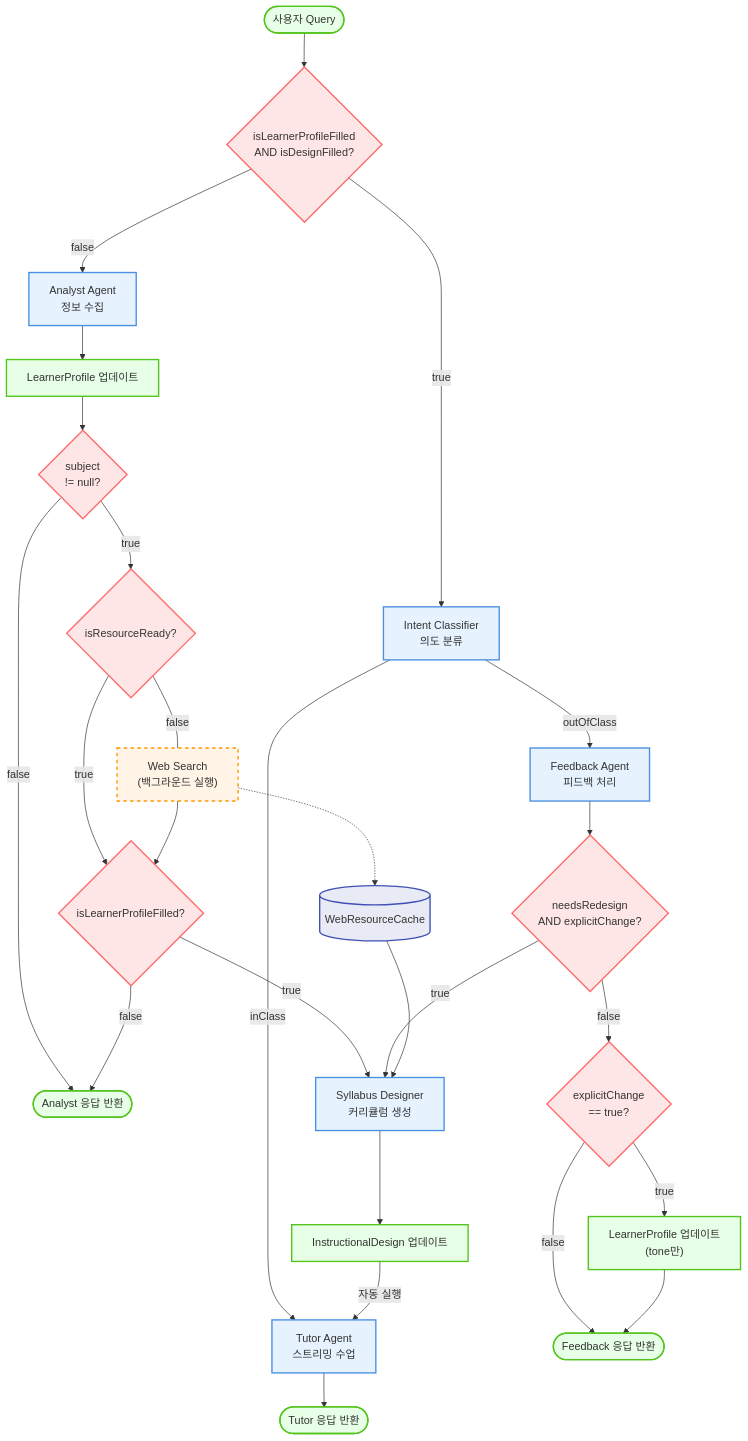
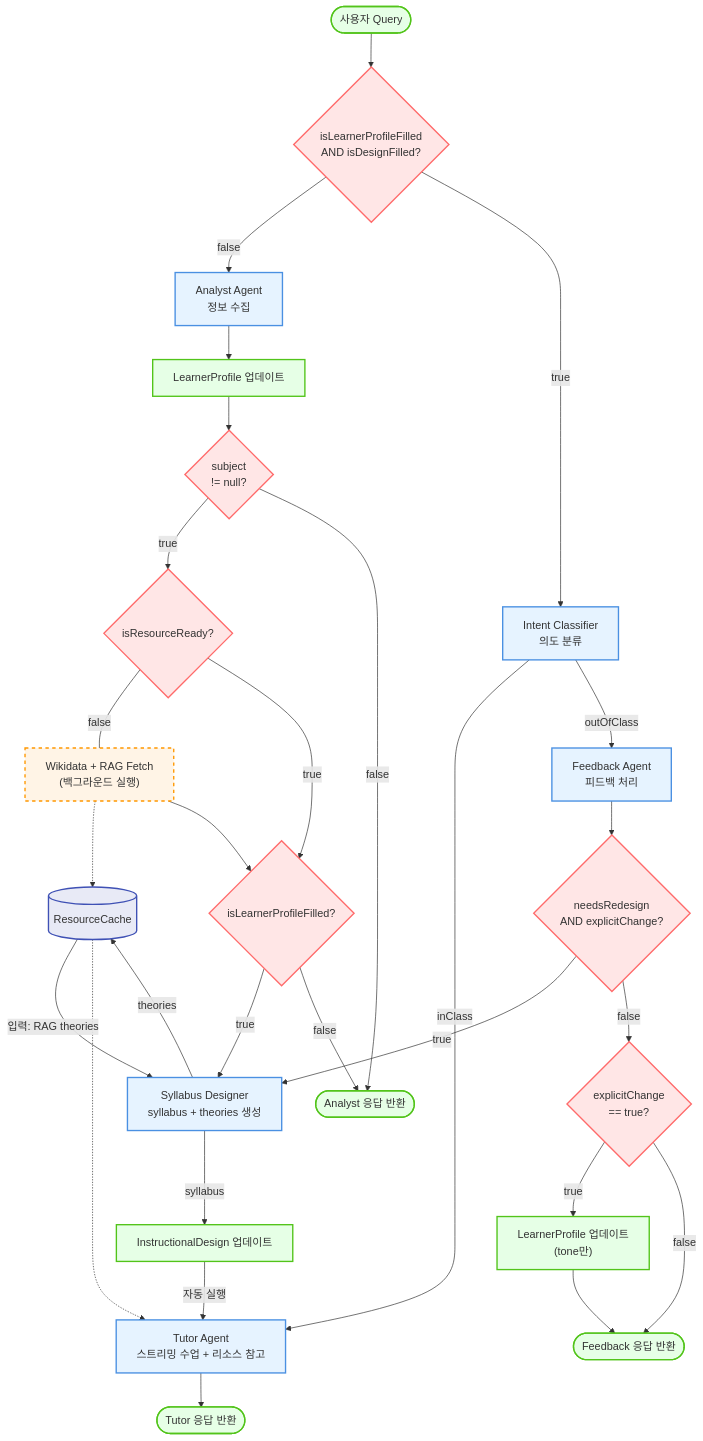
One commit to baekdusan/research-addie-chatbot changed the third of 4 diagrams in flowchart.md. Above: the diagram before and after it, drawn with Mermaid. The commit also changed other lines of this file and 8 other files, not shown here.

````diff
--- a/flowchart.md
+++ b/flowchart.md
@@ -104,55 +104,57 @@
 ```mermaid
 flowchart TD
     Start([사용자 Query]) --> ReadyCheck{isLearnerProfileFilled<br/>AND isDesignFilled?}
 
     %% 준비 안됨 경로
     ReadyCheck -->|false| Analyst[Analyst Agent<br/>정보 수집]
     Analyst --> ProfileUpdate[LearnerProfile 업데이트]
 
-    %% 백그라운드 Web Search (subject 추출 시)
+    %% 백그라운드 리소스 수집 (subject 추출 시)
     ProfileUpdate --> SubjectCheck{subject<br/>!= null?}
     SubjectCheck -->|true| DataCheck{isResourceReady?}
-    DataCheck ---|false| WebSearch["Web Search<br/>(백그라운드 실행)"]
+    DataCheck ---|false| ResourceFetch["Wikidata + RAG Fetch<br/>(백그라운드 실행)"]
     DataCheck -->|true| MandatoryCheck
     SubjectCheck -->|false| Response1([Analyst 응답 반환])
-    WebSearch -.-> ResourceCache[(WebResourceCache)]
-    WebSearch --> MandatoryCheck
+    ResourceFetch -.-> ResourceCache[(ResourceCache)]
+    ResourceFetch --> MandatoryCheck
 
     MandatoryCheck{isLearnerProfileFilled?}
-    MandatoryCheck -->|true| DesignStart[Syllabus Designer<br/>커리큘럼 생성]
+    MandatoryCheck -->|true| DesignStart[Syllabus Designer<br/>syllabus + theories 생성]
     MandatoryCheck -->|false| Response1
 
     %% 준비됨 경로
     ReadyCheck -->|true| IntentClassifier[Intent Classifier<br/>의도 분류]
 
-    IntentClassifier -->|inClass| Tutor[Tutor Agent<br/>스트리밍 수업]
+    IntentClassifier -->|inClass| Tutor[Tutor Agent<br/>스트리밍 수업 + 리소스 참고]
     Tutor --> Response2([Tutor 응답 반환])
 
     IntentClassifier -->|outOfClass| Feedback[Feedback Agent<br/>피드백 처리]
     Feedback --> RedesignCheck{needsRedesign<br/>AND explicitChange?}
     RedesignCheck -->|true| DesignStart
     RedesignCheck -->|false| ExplicitCheck{explicitChange<br/>== true?}
     ExplicitCheck -->|true| ProfileUpdate2["LearnerProfile 업데이트<br/>(tone만)"]
     ExplicitCheck -->|false| Response3([Feedback 응답 반환])
     ProfileUpdate2 --> Response3
 
-    %% 설계 시 캐시 활용
-    ResourceCache --> DesignStart
+    %% 설계 시 캐시 활용 (입력: RAG theories)
+    ResourceCache -->|입력: RAG theories| DesignStart
+    ResourceCache -.-> Tutor
 
-    %% 설계 완료 후 자동 수업 시작
-    DesignStart --> DesignComplete[InstructionalDesign 업데이트]
+    %% 설계 완료 후 상태 업데이트 (출력: 적용된 theories)
+    DesignStart -->|syllabus| DesignComplete[InstructionalDesign 업데이트]
+    DesignStart -->|theories| ResourceCache
     DesignComplete -->|자동 실행| Tutor
 
     %% 스타일링
     classDef decisionStyle fill:#FFE6E6,stroke:#FF6B6B,stroke-width:2px
     classDef processStyle fill:#E6F3FF,stroke:#4A90E2,stroke-width:2px
     classDef stateStyle fill:#E6FFE6,stroke:#52C41A,stroke-width:2px
     classDef backgroundStyle fill:#FFF4E6,stroke:#FF9800,stroke-width:2px,stroke-dasharray: 5 5
     classDef cacheStyle fill:#E8EAF6,stroke:#3F51B5,stroke-width:2px
 
     class ReadyCheck,MandatoryCheck,RedesignCheck,DataCheck,SubjectCheck,ExplicitCheck decisionStyle
     class Analyst,IntentClassifier,Tutor,Feedback,DesignStart processStyle
     class Start,Response1,Response2,Response3,ProfileUpdate,ProfileUpdate2,DesignComplete stateStyle
-    class WebSearch backgroundStyle
+    class ResourceFetch backgroundStyle
     class ResourceCache cacheStyle
 ```
````
